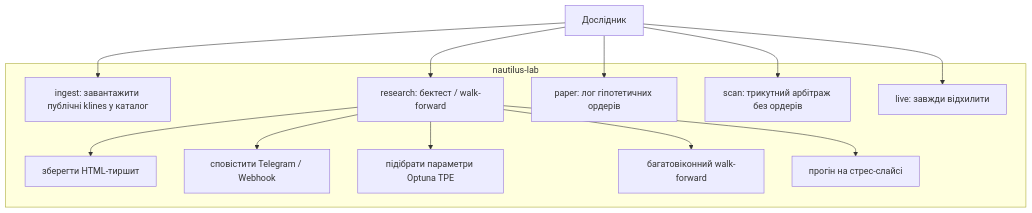
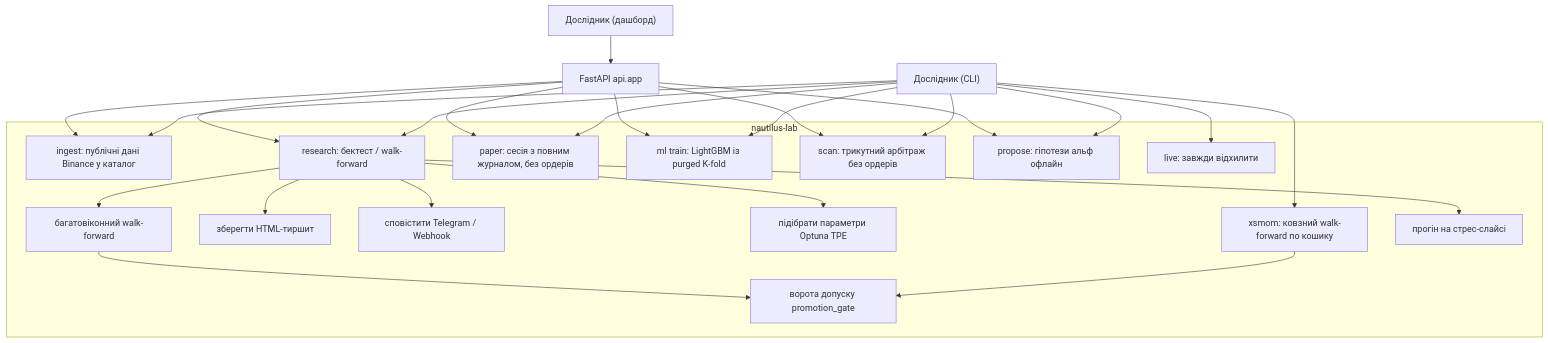
Before and after one commit to VolodymyrDominion12/nautilus-lab: the diagram in docs/uml/01-use-case.md, drawn with Mermaid. The commit also changed other lines of this file and 30 other files, not shown here.

````diff
--- a/docs/uml/01-use-case.md
+++ b/docs/uml/01-use-case.md
@@ -6,28 +8,46 @@
 ```mermaid
 flowchart TB
-    actor["Дослідник"]
+    actor["Дослідник (CLI)"]
+    browser["Дослідник (дашборд)"]
+    api["FastAPI api.app"]
 
     subgraph system["nautilus-lab"]
-        ingest["ingest: завантажити публічні klines у каталог"]
+        ingest["ingest: публічні дані Binance у каталог"]
         research["research: бектест / walk-forward"]
-        paper["paper: лог гіпотетичних ордерів"]
+        paper["paper: сесія з повним журналом, без ордерів"]
+        xsmom["xsmom: ковзний walk-forward по кошику"]
+        ml["ml train: LightGBM із purged K-fold"]
         scan["scan: трикутний арбітраж без ордерів"]
+        propose["propose: гіпотези альф офлайн"]
         live["live: завжди відхилити"]
         tearsheet["зберегти HTML-тиршит"]
         notify["сповістити Telegram / Webhook"]
         optuna["підібрати параметри Optuna TPE"]
         folds["багатовіконний walk-forward"]
         slice["прогін на стрес-слайсі"]
+        gate["ворота допуску promotion_gate"]
     end
 
     actor --> ingest
     actor --> research
     actor --> paper
+    actor --> xsmom
+    actor --> ml
     actor --> scan
+    actor --> propose
     actor --> live
+    browser --> api
+    api --> research
+    api --> ingest
+    api --> paper
+    api --> ml
+    api --> propose
+    api --> scan
     research --> tearsheet
     research --> notify
     research --> optuna
     research --> folds
     research --> slice
+    xsmom --> gate
+    folds --> gate
 ```
````
